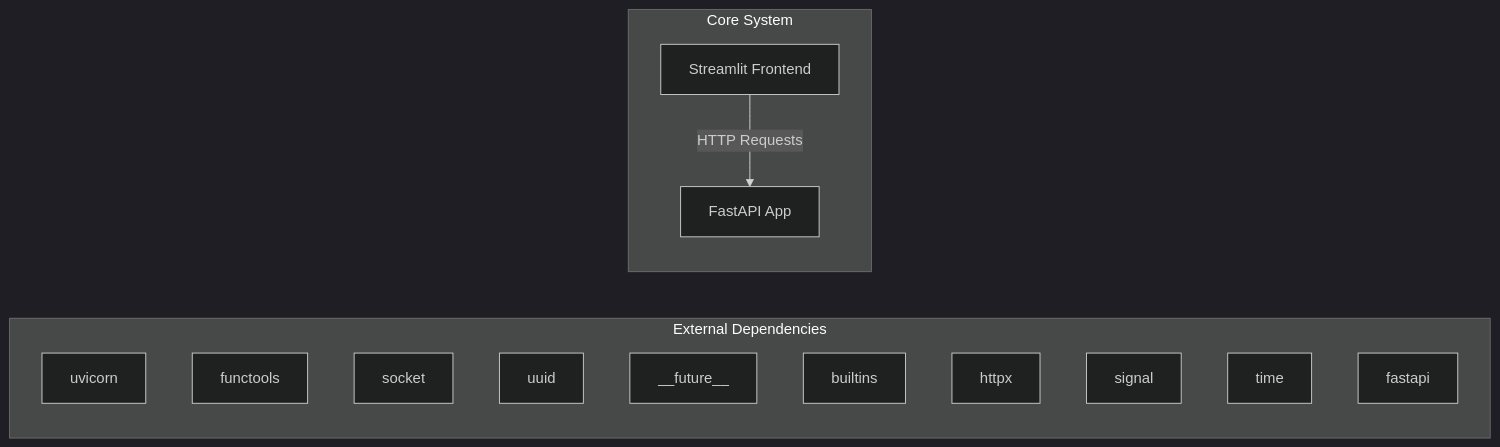
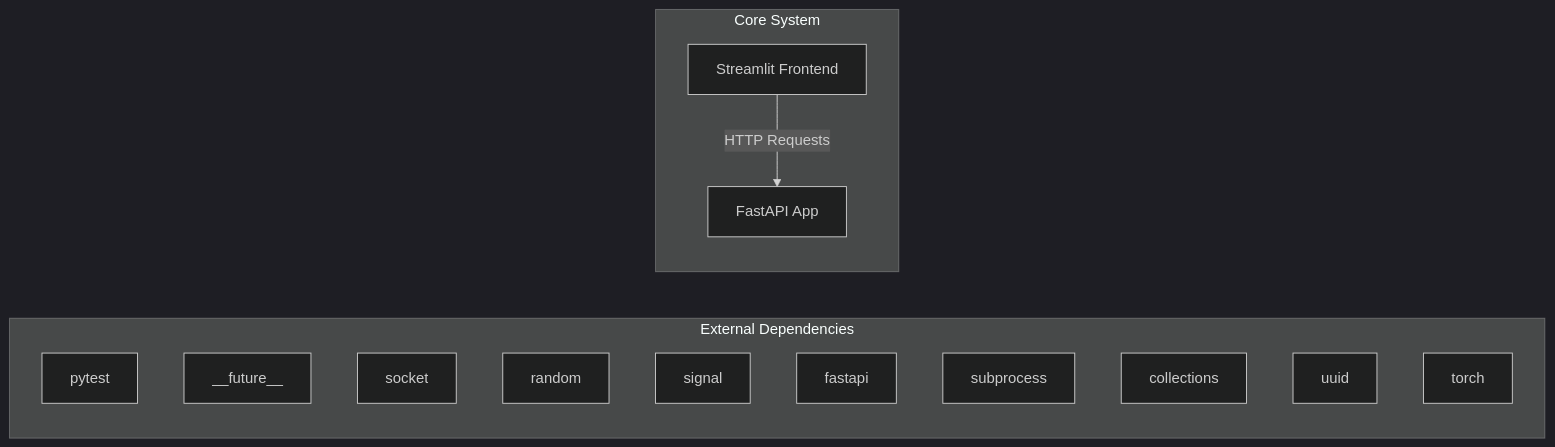
One commit to NITISH-R-G/rag-context-optimizer changed the first of 2 diagrams in docs/architecture.md. Above: the diagram before and after it, drawn with Mermaid (dark theme). The commit also changed 1 other file, not shown here.

Commit message:
docs: auto-update repository knowledge, architecture diagrams, and documentation

````diff
--- a/docs/architecture.md
+++ b/docs/architecture.md
@@ -7,20 +7,20 @@
 ```mermaid
 graph LR
     subgraph External Dependencies
-        E0["uvicorn"]
-        E1["functools"]
+        E0["pytest"]
+        E1["__future__"]
         E2["socket"]
-        E3["uuid"]
-        E4["__future__"]
-        E5["builtins"]
-        E6["httpx"]
-        E7["signal"]
-        E8["time"]
-        E9["fastapi"]
+        E3["random"]
+        E4["signal"]
+        E5["fastapi"]
+        E6["subprocess"]
+        E7["collections"]
+        E8["uuid"]
+        E9["torch"]
     end
     subgraph Core System
         API["FastAPI App"]
         UI["Streamlit Frontend"]
     end
     UI -->|HTTP Requests| API
 ```
````
